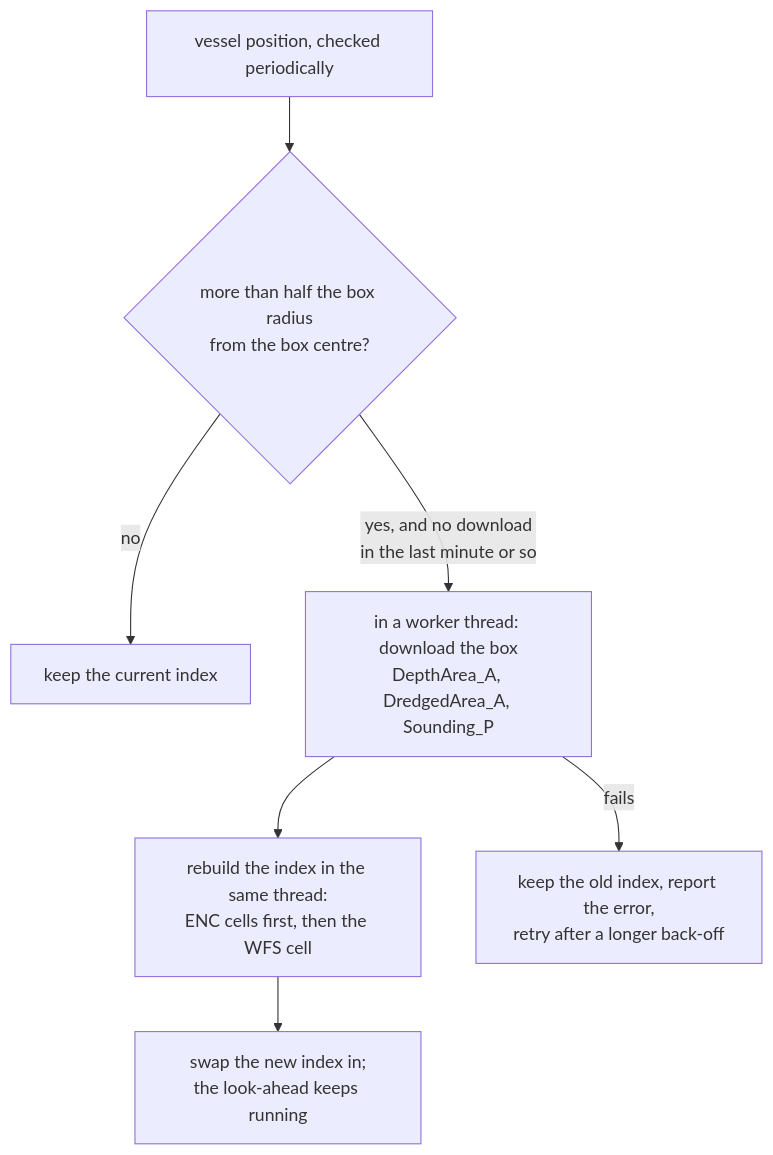
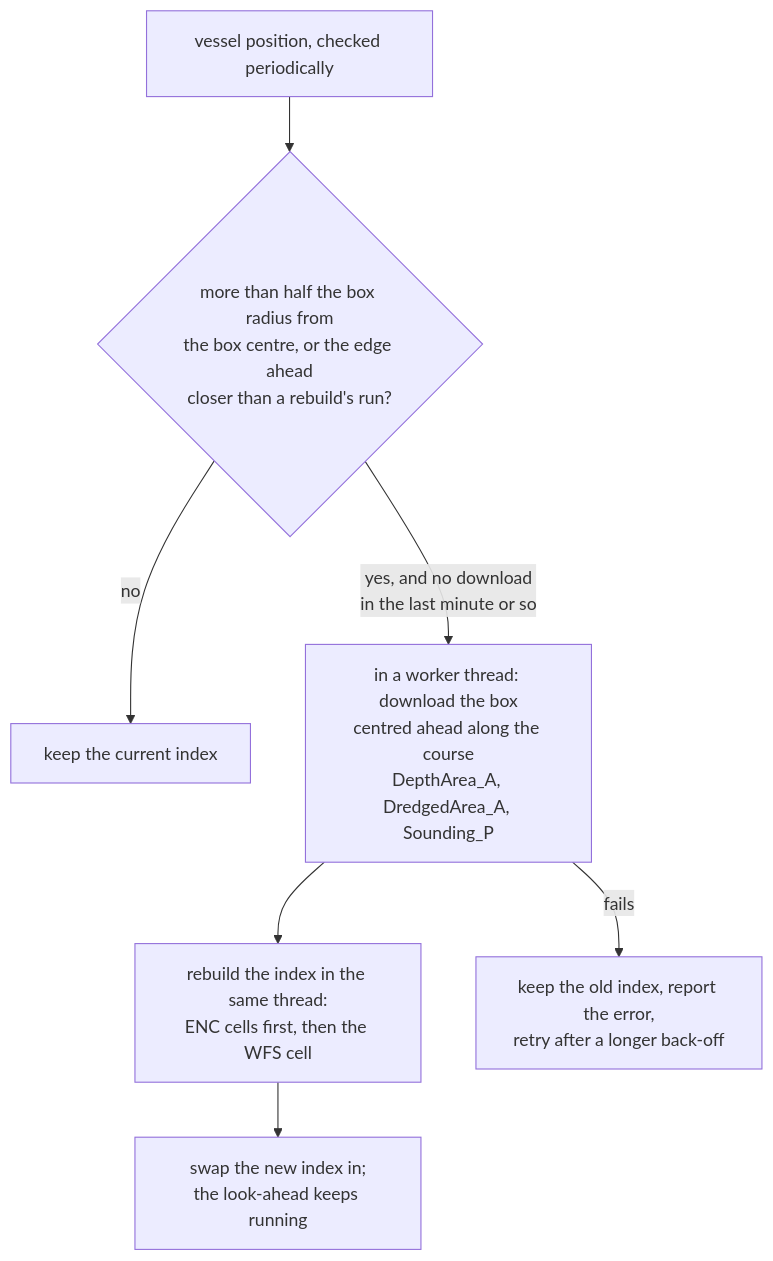
Before and after one commit to KEGustafsson/signalk-underkeel: the sixth of 6 diagrams in docs/HOW-IT-WORKS.md, drawn with Mermaid. The commit also changed other lines of this file and 6 other files, not shown here.

First line of the commit message:
fix(wfs): start the next box on time to the edge and centre it ahead

````diff
--- a/docs/HOW-IT-WORKS.md
+++ b/docs/HOW-IT-WORKS.md
@@ -629,9 +629,9 @@
 ```mermaid
 flowchart TD
-  P[vessel position, checked periodically] --> D{more than half the box radius<br/>from the box centre?}
+  P[vessel position, checked periodically] --> D{more than half the box radius from<br/>the box centre, or the edge ahead<br/>closer than a rebuild's run?}
   D -- no --> KEEP[keep the current index]
-  D -- yes, and no download<br/>in the last minute or so --> W[in a worker thread: download the box<br/>DepthArea_A, DredgedArea_A, Sounding_P]
+  D -- yes, and no download<br/>in the last minute or so --> W[in a worker thread: download the box<br/>centred ahead along the course<br/>DepthArea_A, DredgedArea_A, Sounding_P]
   W --> B[rebuild the index in the same thread:<br/>ENC cells first, then the WFS cell]
   B --> S[swap the new index in;<br/>the look-ahead keeps running]
   W -- fails --> E[keep the old index, report the error,<br/>retry after a longer back-off]
 ```
````
